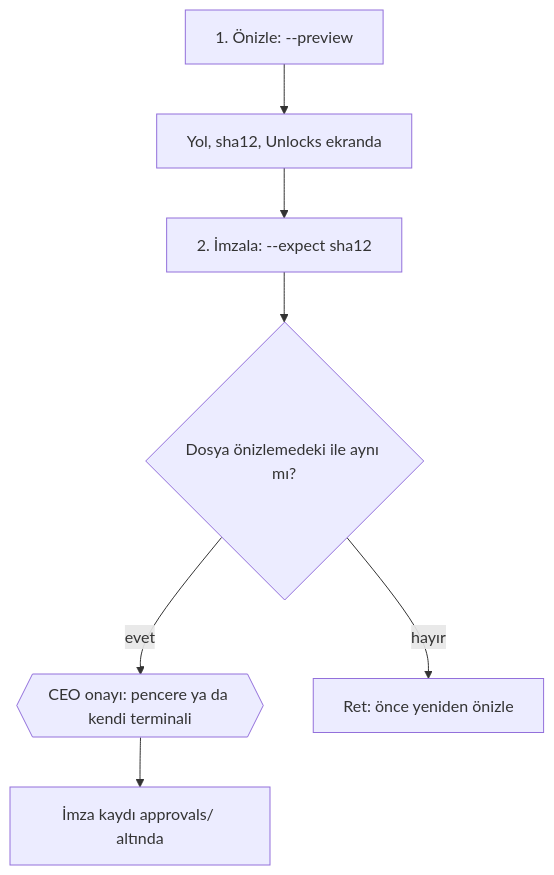
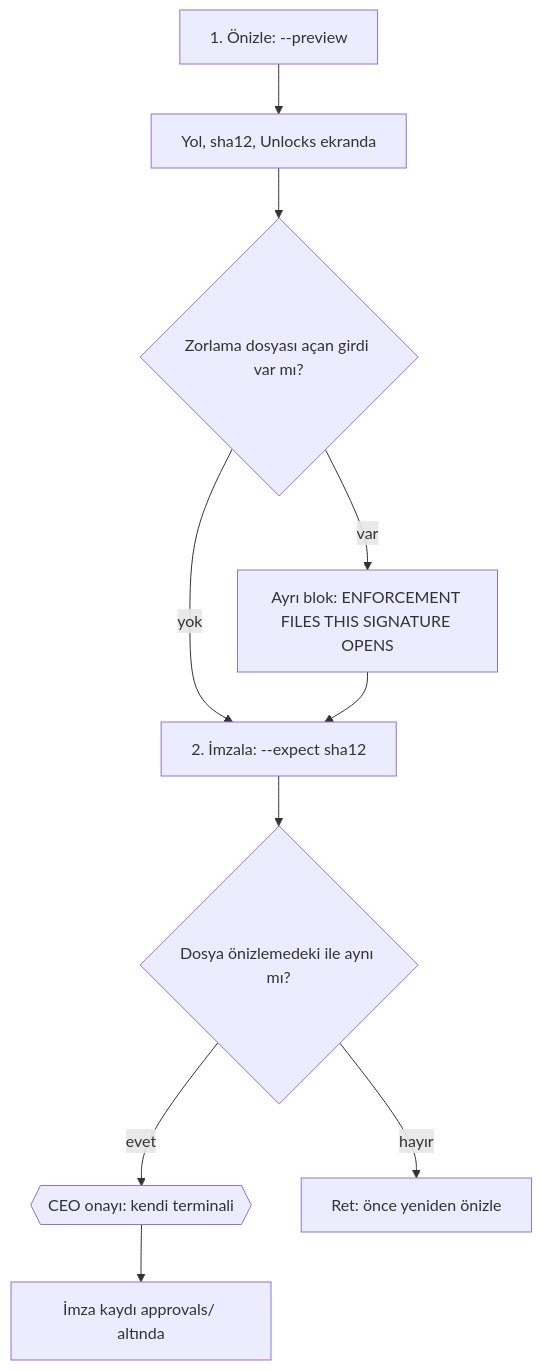
Before and after one commit to GktuOktay/claude-agency-v2: the diagram in harness/README.md, drawn with Mermaid. The commit also changed other lines of this file and 9 other files, not shown here.

````diff
--- a/harness/README.md
+++ b/harness/README.md
@@ -81,9 +115,12 @@
 ```mermaid
 flowchart TD
   A[1. Önizle: --preview] --> B[Yol, sha12, Unlocks ekranda]
-  B --> C[2. İmzala: --expect sha12]
+  B --> H{Zorlama dosyası açan girdi var mı?}
+  H -- var --> I[Ayrı blok: ENFORCEMENT FILES THIS SIGNATURE OPENS]
+  H -- yok --> C[2. İmzala: --expect sha12]
+  I --> C
   C --> D{Dosya önizlemedeki ile aynı mı?}
-  D -- evet --> E{{CEO onayı: pencere ya da kendi terminali}}
+  D -- evet --> E{{CEO onayı: kendi terminali}}
   D -- hayır --> F[Ret: önce yeniden önizle]
   E --> G[İmza kaydı approvals/ altında]
 ```
````
